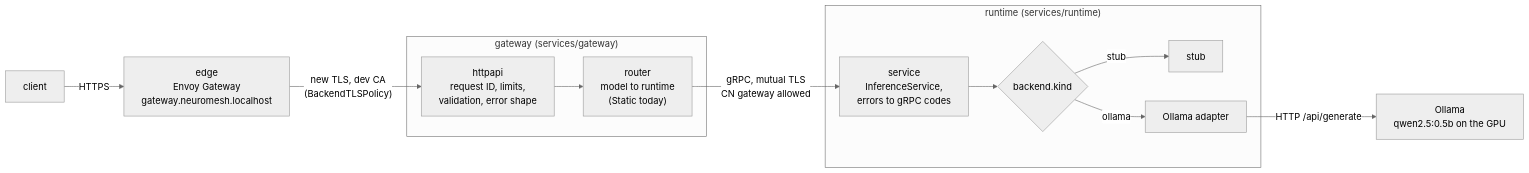
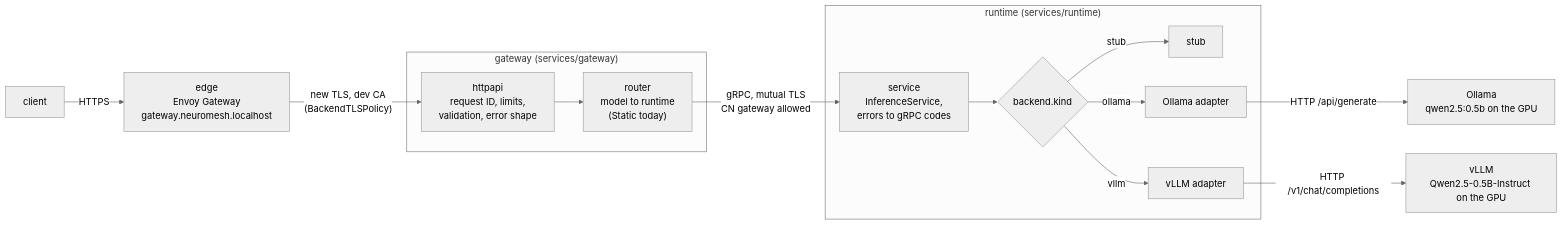
Before and after one commit to kokou-egbewatt/NeuroMesh: the first of 3 diagrams in docs/architecture/request-path.md, drawn with Mermaid (neutral theme). The commit also changed other lines of this file and 6 other files, not shown here.

First line of the commit message:
Docs for the vLLM backend

````diff
--- a/docs/architecture/request-path.md
+++ b/docs/architecture/request-path.md
@@ -7,28 +7,32 @@
 ```mermaid
 flowchart LR
     client["client"]
     edge["edge<br/>Envoy Gateway<br/>gateway.neuromesh.localhost"]
 
     subgraph gateway["gateway (services/gateway)"]
         httpapi["httpapi<br/>request ID, limits,<br/>validation, error shape"]
         router["router<br/>model to runtime<br/>(Static today)"]
     end
 
     subgraph runtime["runtime (services/runtime)"]
         svc["service<br/>InferenceService,<br/>errors to gRPC codes"]
         backend{"backend.kind"}
         stub["stub"]
         ollama["Ollama adapter"]
+        vllm["vLLM adapter"]
     end
 
     model["Ollama<br/>qwen2.5:0.5b on the GPU"]
+    model2["vLLM<br/>Qwen2.5-0.5B-Instruct on the GPU"]
 
     client -->|"HTTPS"| edge
     edge -->|"new TLS, dev CA<br/>(BackendTLSPolicy)"| httpapi
     httpapi --> router
     router -->|"gRPC, mutual TLS<br/>CN gateway allowed"| svc
     svc --> backend
     backend -->|stub| stub
     backend -->|ollama| ollama
+    backend -->|vllm| vllm
     ollama -->|"HTTP /api/generate"| model
+    vllm -->|"HTTP /v1/chat/completions"| model2
 ```
````
